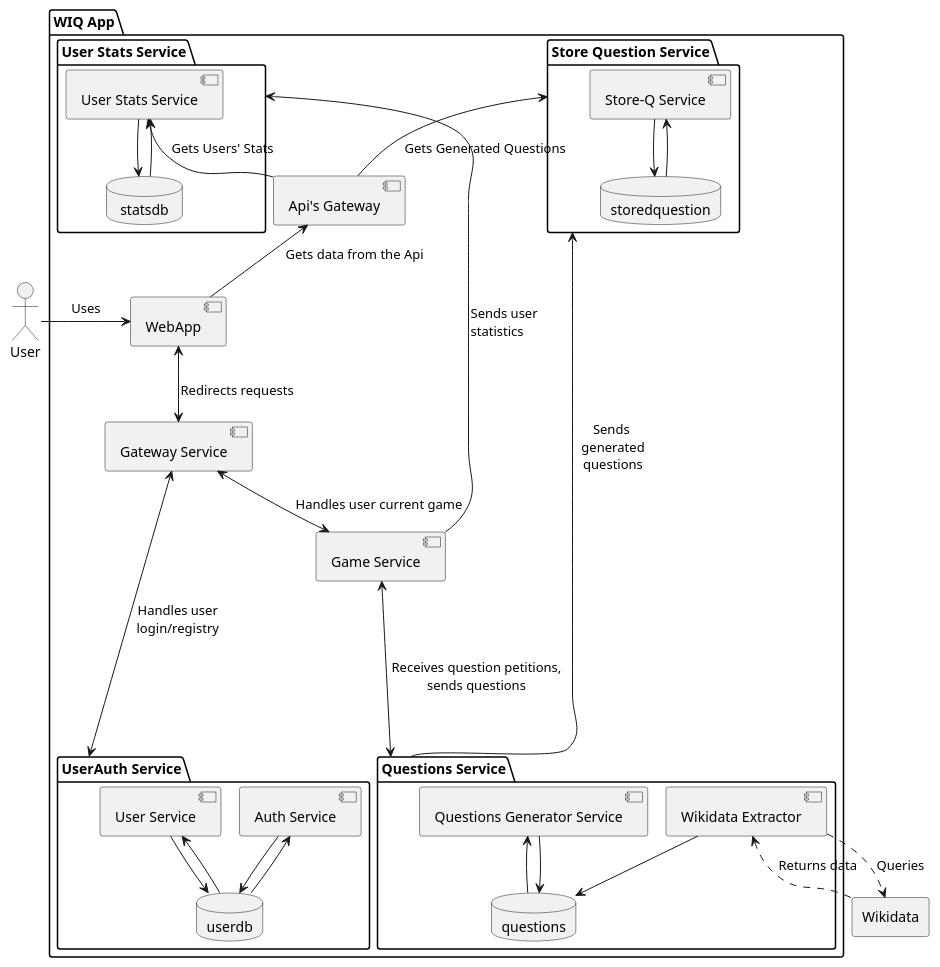
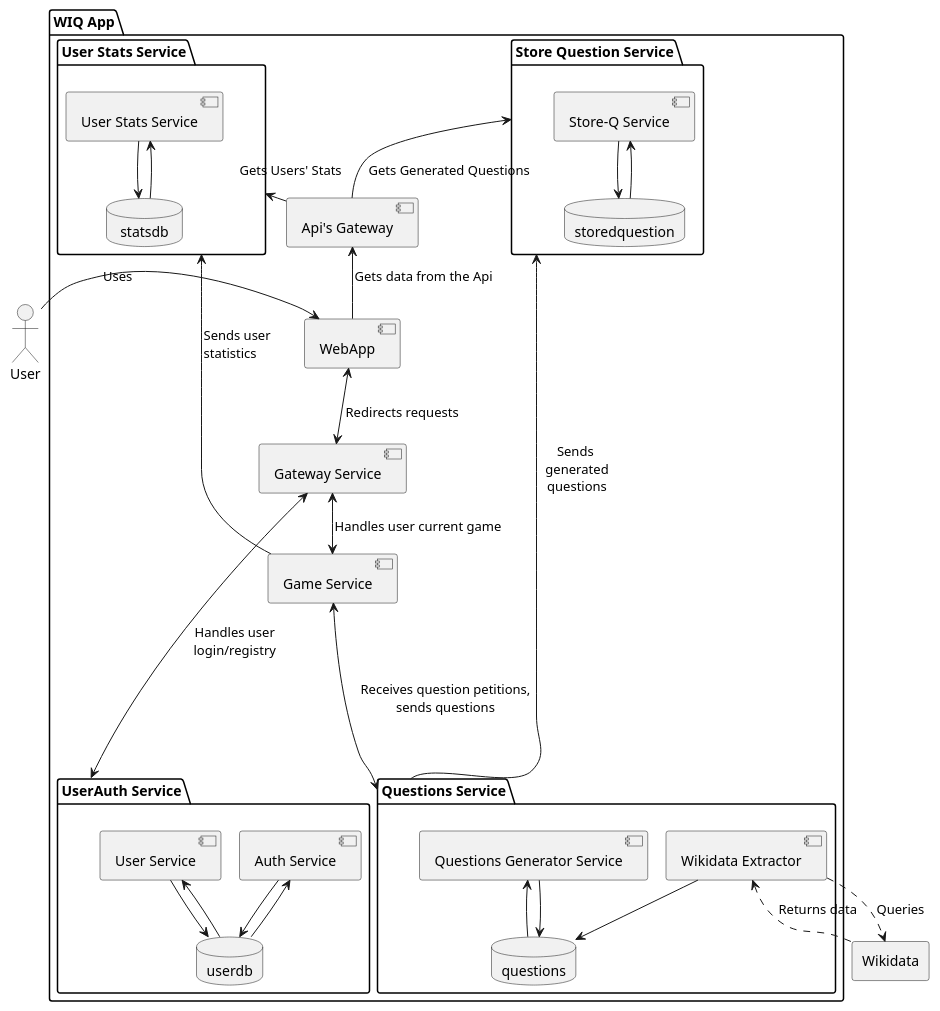
Before and after one commit to Arquisoft/wiq_es6c: the third of 3 diagrams in docs/src/05_building_block_view.adoc, drawn with PlantUML. The commit also changed 1 other file, not shown here.

Commit message:
Graphs updated

```diff
--- a/docs/src/05_building_block_view.adoc
+++ b/docs/src/05_building_block_view.adoc
@@ -79,67 +79,67 @@
 [plantuml,"Level 3 Diagram",png]
 ----
 !pragma layout smetana
 
 actor "User"
 rectangle "Wikidata"
 
 package "WIQ App"{
 
     component "WebApp"
     component "Gateway Service" as GatewayS
 
     component "Api's Gateway" as ApisGateway
 
     component "Game Service" 
         package "Store Question Service" as QHS{
         component "Store-Q Service" as QHController
         database "storedquestion" as QhDB
     }
     package "User Stats Service" as USS {
         component "User Stats Service"
         database " statsdb " as USDB
     }
     package "UserAuth Service" {
         component "Auth Service"
         component "User Service"
         database "userdb" as UADB
     }
 
     package "Questions Service"{
         component "Wikidata Extractor"
         component "Questions Generator Service"
         database "questions" as QSDB
     }
 }
 
 User -right-> WebApp : Uses
 WebApp <-down-> GatewayS: Redirects requests
 
 GatewayS <--down--> "UserAuth Service" : "Handles user\nlogin/registry"
 GatewayS <-down-> "Game Service" : "Handles user current game"
 
 ApisGateway <-- WebApp : "Gets data from the Api"
 ApisGateway -up-> QHS : "Gets Generated Questions"
-ApisGateway -up-> "User Stats Service" : "Gets Users' Stats"
+ApisGateway -up-> USS  : "Gets Users' Stats"
 
 "Game Service" <---> "Questions Service" : "Receives question petitions,\nsends questions\n\n"
 "Game Service" ---> "USS" : "Sends user\t\nstatistics\t\t"
 "Questions Service" -up-> "QHS" : " Sends\n  generated\n  questions"
 
 "Wikidata" .up.> "Wikidata Extractor" : "Returns data"
 "Wikidata" <.up. "Wikidata Extractor" : "Queries"
 "Wikidata Extractor" --> QSDB
 "Questions Generator Service" <-- QSDB
 "Questions Generator Service" --> QSDB
 
 "QHController" --> QhDB
 "QHController" <-- QhDB
 
 "User Stats Service" --> USDB
 "User Stats Service" <-- USDB
 
 "Auth Service" --> UADB
 "Auth Service" <-- UADB
 "User Service" --> UADB
 "User Service" <-- UADB
 ----
```
